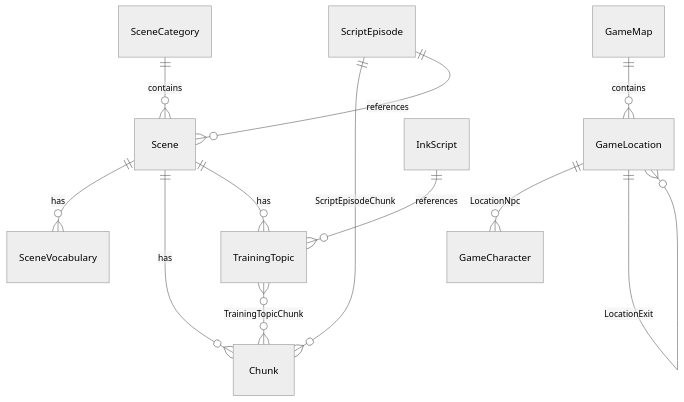
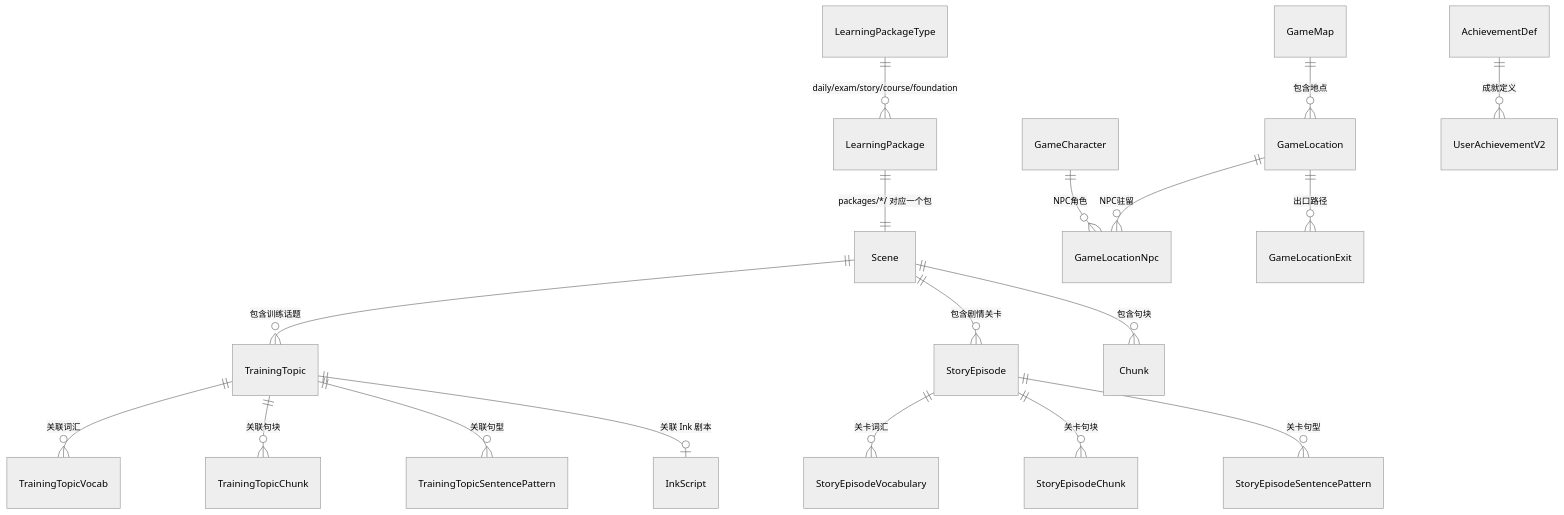
Before and after one commit to kirohuji/speakGuild: the diagram in docs/种子数据CSV参考.md, drawn with Mermaid (neutral theme). The commit also changed other lines of this file and 5 other files, not shown here.

````diff
--- a/docs/种子数据CSV参考.md
+++ b/docs/种子数据CSV参考.md
@@ -9,14 +47,25 @@
 ```mermaid
 erDiagram
-    SceneCategory ||--o{ Scene : contains
-    Scene ||--o{ SceneVocabulary : has
-    Scene ||--o{ Chunk : has
-    Scene ||--o{ TrainingTopic : has
-    TrainingTopic }o--o{ Chunk : "TrainingTopicChunk"
-    ScriptEpisode ||--o{ Chunk : "ScriptEpisodeChunk"
-    ScriptEpisode ||--o{ Scene : references
-    GameMap ||--o{ GameLocation : contains
-    GameLocation ||--o{ GameCharacter : "LocationNpc"
-    GameLocation ||--o{ GameLocation : "LocationExit"
-    InkScript ||--o{ TrainingTopic : references
+    LearningPackage ||--|| Scene : "packages/*/ 对应一个包"
+    Scene ||--o{ TrainingTopic : "包含训练话题"
+    Scene ||--o{ StoryEpisode : "包含剧情关卡"
+    Scene ||--o{ Chunk : "包含句块"
+    
+    LearningPackageType ||--o{ LearningPackage : "daily/exam/story/course/foundation"
+    
+    TrainingTopic ||--o{ TrainingTopicVocab : "关联词汇"
+    TrainingTopic ||--o{ TrainingTopicChunk : "关联句块"
+    TrainingTopic ||--o{ TrainingTopicSentencePattern : "关联句型"
+    TrainingTopic ||--o| InkScript : "关联 Ink 剧本"
+    
+    StoryEpisode ||--o{ StoryEpisodeVocabulary : "关卡词汇"
+    StoryEpisode ||--o{ StoryEpisodeChunk : "关卡句块"
+    StoryEpisode ||--o{ StoryEpisodeSentencePattern : "关卡句型"
+    
+    GameMap ||--o{ GameLocation : "包含地点"
+    GameLocation ||--o{ GameLocationNpc : "NPC驻留"
+    GameCharacter ||--o{ GameLocationNpc : "NPC角色"
+    GameLocation ||--o{ GameLocationExit : "出口路径"
+    
+    AchievementDef ||--o{ UserAchievementV2 : "成就定义"
 ```
````
